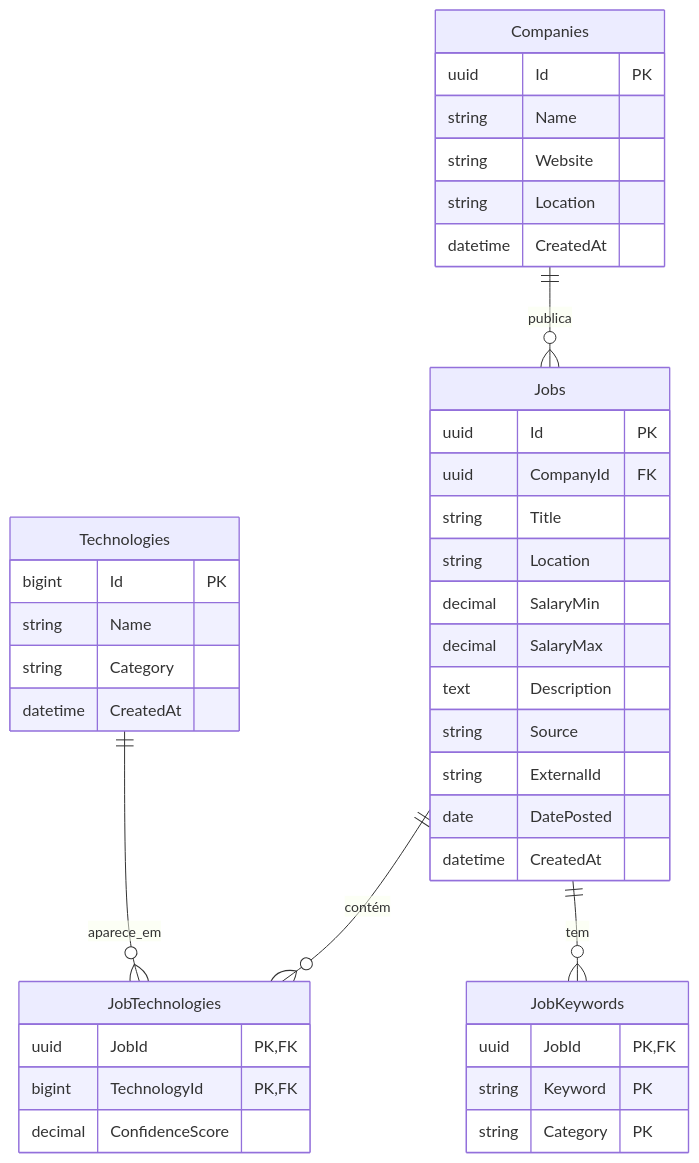
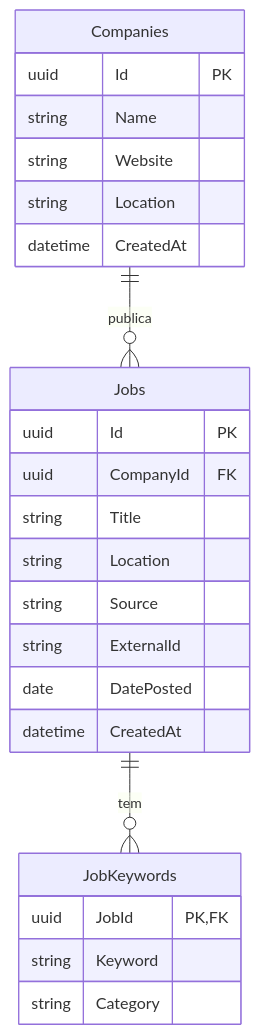
Before and after one commit to franciscocosta4/TechScope: the diagram in ENVIRONMENT.md, drawn with Mermaid. The commit also changed other lines of this file and 21 other files, not shown here.

````diff
--- a/ENVIRONMENT.md
+++ b/ENVIRONMENT.md
@@ -47,50 +47,31 @@
 ```mermaid
 erDiagram
 
     Companies ||--o{ Jobs : publica
-    Jobs ||--o{ JobTechnologies : contém
     Jobs ||--o{ JobKeywords : tem
-    Technologies ||--o{ JobTechnologies : aparece_em
 
     Companies {
         uuid Id PK
         string Name
         string Website
         string Location
         datetime CreatedAt
     }
 
     Jobs {
         uuid Id PK
         uuid CompanyId FK
         string Title
         string Location
-        decimal SalaryMin
-        decimal SalaryMax
-        text Description
         string Source
         string ExternalId
         date DatePosted
         datetime CreatedAt
     }
 
-    Technologies {
-        bigint Id PK
-        string Name
-        string Category
-        datetime CreatedAt
-    }
-
-    JobTechnologies {
-        uuid JobId PK, FK
-        bigint TechnologyId PK, FK
-        decimal ConfidenceScore
-    }
-
     JobKeywords {
         uuid JobId PK, FK
-        string Keyword PK
-        string Category PK
+        string Keyword
+        string Category
     }
-
 ```
````
